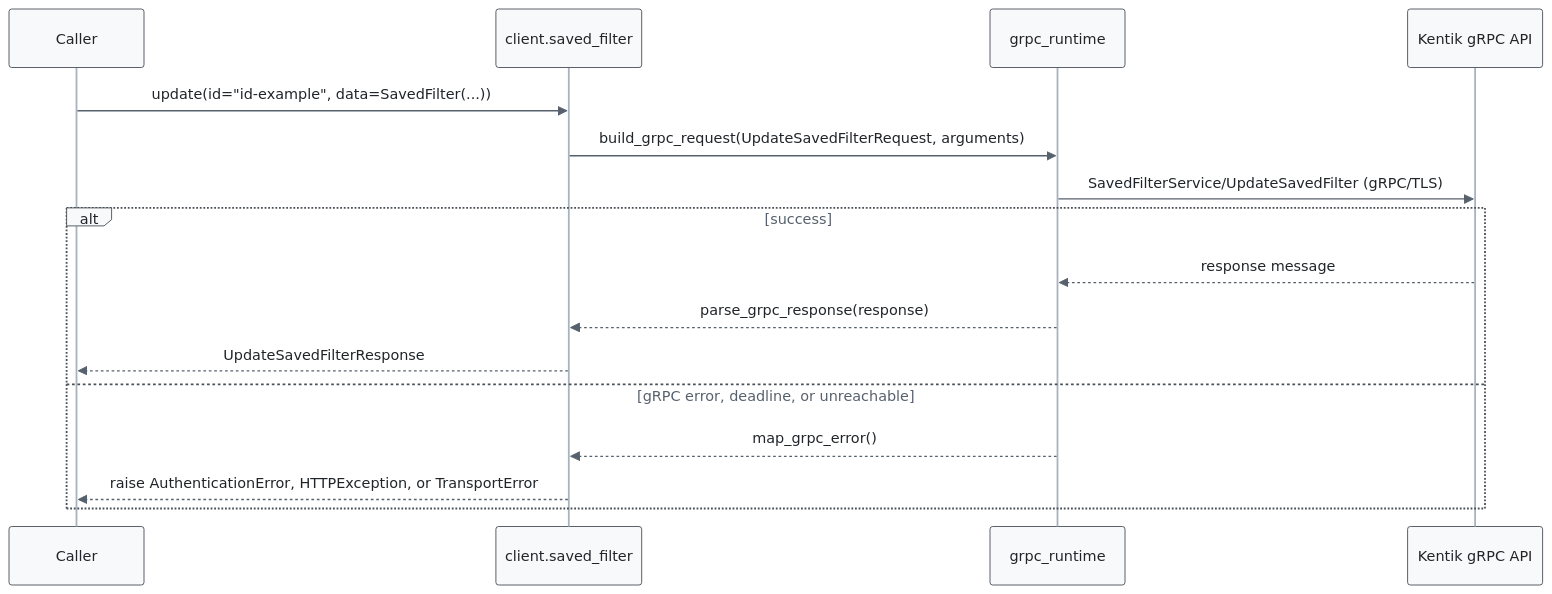
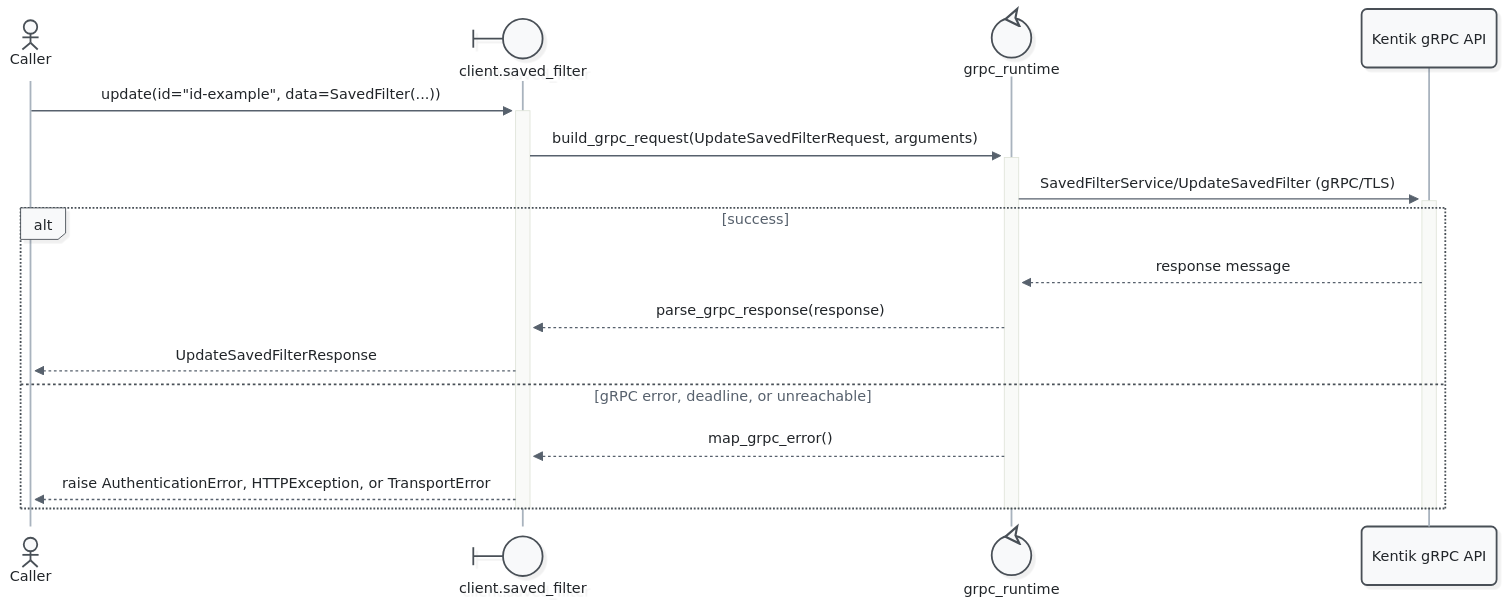
Before and after one commit to alexdearaujo/community_sdk_python: the sixth of 13 diagrams in docs/sphinx/services/saved_filter.md, drawn with Mermaid. The commit also changed other lines of this file and 52 other files, not shown here.

First line of the commit message:
docs: Mermaid 12 sequence diagrams with participant types and path colors

````diff
--- a/docs/sphinx/services/saved_filter.md
+++ b/docs/sphinx/services/saved_filter.md
@@ -212,20 +224,23 @@
 ```mermaid
-%%{init: {"theme": "base", "fontFamily": "ui-monospace, SFMono-Regular, Menlo, monospace", "themeVariables": {"fontFamily": "ui-monospace, SFMono-Regular, Menlo, monospace", "primaryColor": "#f8f9fa", "primaryBorderColor": "#495057", "primaryTextColor": "#212529", "textColor": "#212529", "lineColor": "#77818c", "edgeLabelBackground": "#ffffff", "actorBkg": "#f8f9fa", "actorBorder": "#495057", "actorTextColor": "#212529", "actorLineColor": "#a9b3be", "signalColor": "#57616d", "signalTextColor": "#212529", "labelBoxBkgColor": "#f8f9fa", "labelBoxBorderColor": "#495057", "labelTextColor": "#212529", "loopTextColor": "#57616d", "noteBkgColor": "#fff9db", "noteBorderColor": "#f08c00", "noteTextColor": "#a35a00"}, "flowchart": {"curve": "step", "nodeSpacing": 30, "rankSpacing": 70, "wrappingWidth": 400}}}%%
+%%{init: {"theme": "redux", "look": "neo", "layout": "dagre", "fontFamily": "ui-monospace, SFMono-Regular, Menlo, monospace", "themeVariables": {"fontFamily": "ui-monospace, SFMono-Regular, Menlo, monospace", "primaryColor": "#f8f9fa", "primaryBorderColor": "#495057", "primaryTextColor": "#212529", "textColor": "#212529", "lineColor": "#77818c", "edgeLabelBackground": "#ffffff", "actorBkg": "#f8f9fa", "actorBorder": "#495057", "actorTextColor": "#212529", "actorLineColor": "#a9b3be", "signalColor": "#57616d", "signalTextColor": "#212529", "labelBoxBkgColor": "#f8f9fa", "labelBoxBorderColor": "#495057", "labelTextColor": "#212529", "loopTextColor": "#57616d", "noteBkgColor": "#fff9db", "noteBorderColor": "#f08c00", "noteTextColor": "#a35a00"}, "sequence": {"activationWidth": 16}, "flowchart": {"curve": "step", "nodeSpacing": 30, "rankSpacing": 70, "wrappingWidth": 400}}}%%
 sequenceDiagram
-    participant C as Caller
-    participant W as client.saved_filter
-    participant R as grpc_runtime
+    actor C as Caller
+    participant W@{ "type": "boundary" } as client.saved_filter
+    participant R@{ "type": "control" } as grpc_runtime
     participant API as Kentik gRPC API
 
-    C->>W: update(id="id-example", data=SavedFilter(...))
-    W->>R: build_grpc_request(UpdateSavedFilterRequest, arguments)
-    R->>API: SavedFilterService/UpdateSavedFilter (gRPC/TLS)
+    C->>+W: update(id="id-example", data=SavedFilter(...))
+    W->>+R: build_grpc_request(UpdateSavedFilterRequest, arguments)
+    R->>+API: SavedFilterService/UpdateSavedFilter (gRPC/TLS)
     alt success
         API-->>R: response message
         R-->>W: parse_grpc_response(response)
         W-->>C: UpdateSavedFilterResponse
     else gRPC error, deadline, or unreachable
         R-->>W: map_grpc_error()
         W-->>C: raise AuthenticationError, HTTPException, or TransportError
     end
+    deactivate API
+    deactivate R
+    deactivate W
 ```
````
